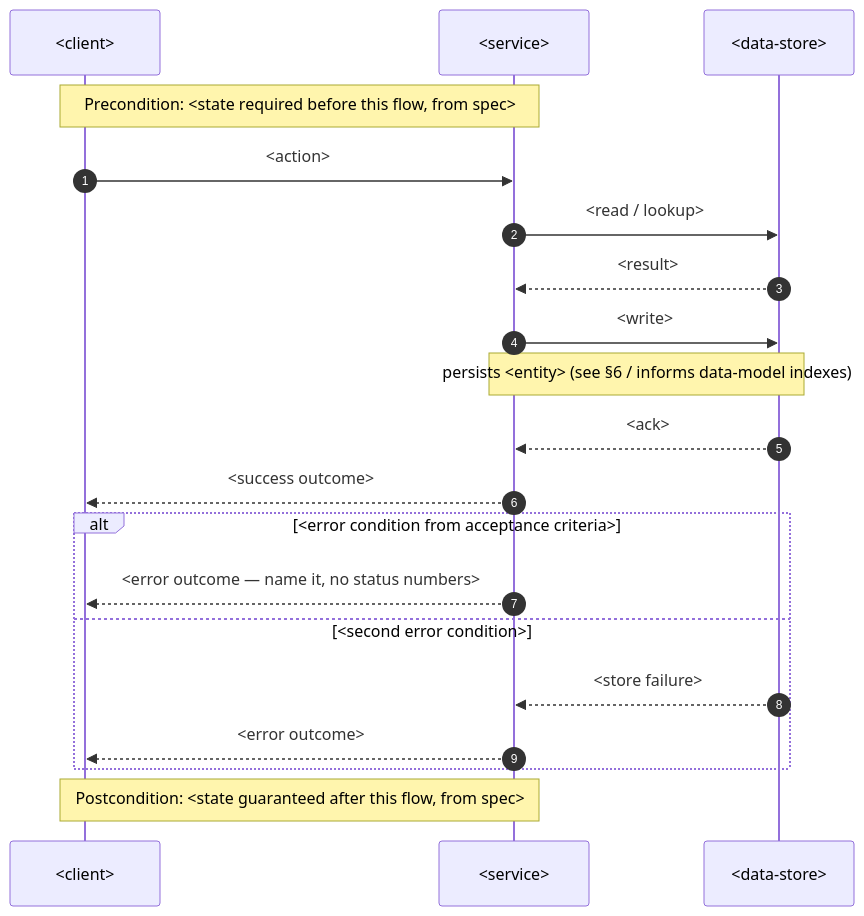
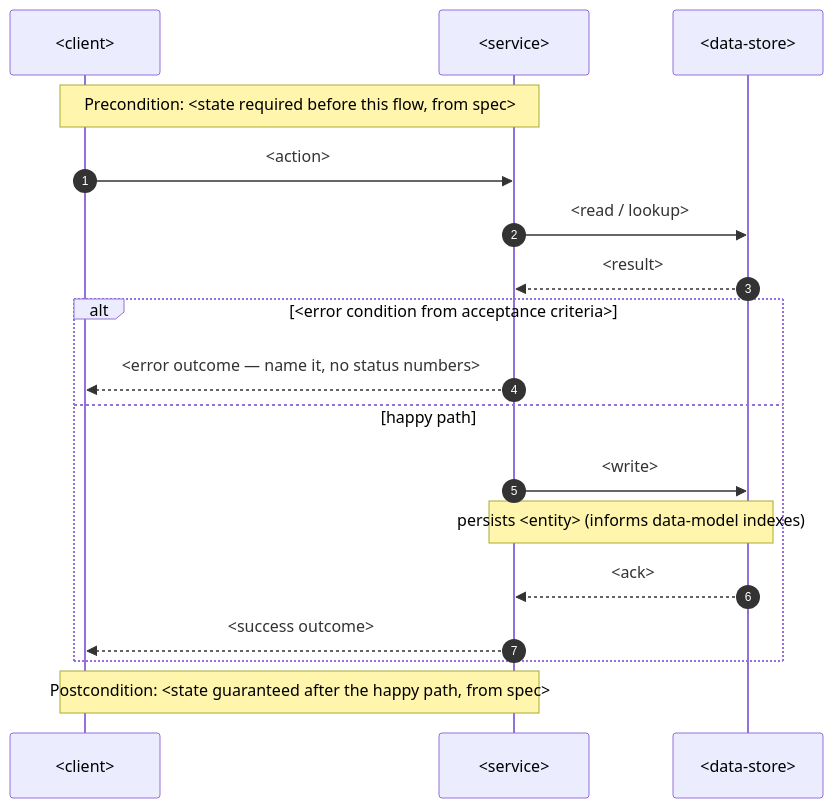
Before and after one commit to bohdanlisovskyi/foresdd: the first of 3 diagrams in skills/sequences/templates/sequence.md, drawn with Mermaid. The commit also changed other lines of this file and 281 other files, not shown here.

````diff
--- a/skills/sequences/templates/sequence.md
+++ b/skills/sequences/templates/sequence.md
@@ -17,23 +19,22 @@
 ```mermaid
 sequenceDiagram
     autonumber
     participant C as <client>
     participant S as <service>
     participant D as <data-store>
 
     Note over C,S: Precondition: <state required before this flow, from spec>
     C->>S: <action>
     S->>D: <read / lookup>
     D-->>S: <result>
-    S->>D: <write>
-    Note over S,D: persists <entity> (see §6 / informs data-model indexes)
-    D-->>S: <ack>
-    S-->>C: <success outcome>
+    %% Branch at the point the outcome is decided — the happy path is one branch, not the tail after it.
     alt <error condition from acceptance criteria>
         S-->>C: <error outcome — name it, no status numbers>
-    else <second error condition>
-        D-->>S: <store failure>
-        S-->>C: <error outcome>
+    else happy path
+        S->>D: <write>
+        Note over S,D: persists <entity> (informs data-model indexes)
+        D-->>S: <ack>
+        S-->>C: <success outcome>
     end
-    Note over C,S: Postcondition: <state guaranteed after this flow, from spec>
+    Note over C,S: Postcondition: <state guaranteed after the happy path, from spec>
 ```
````
